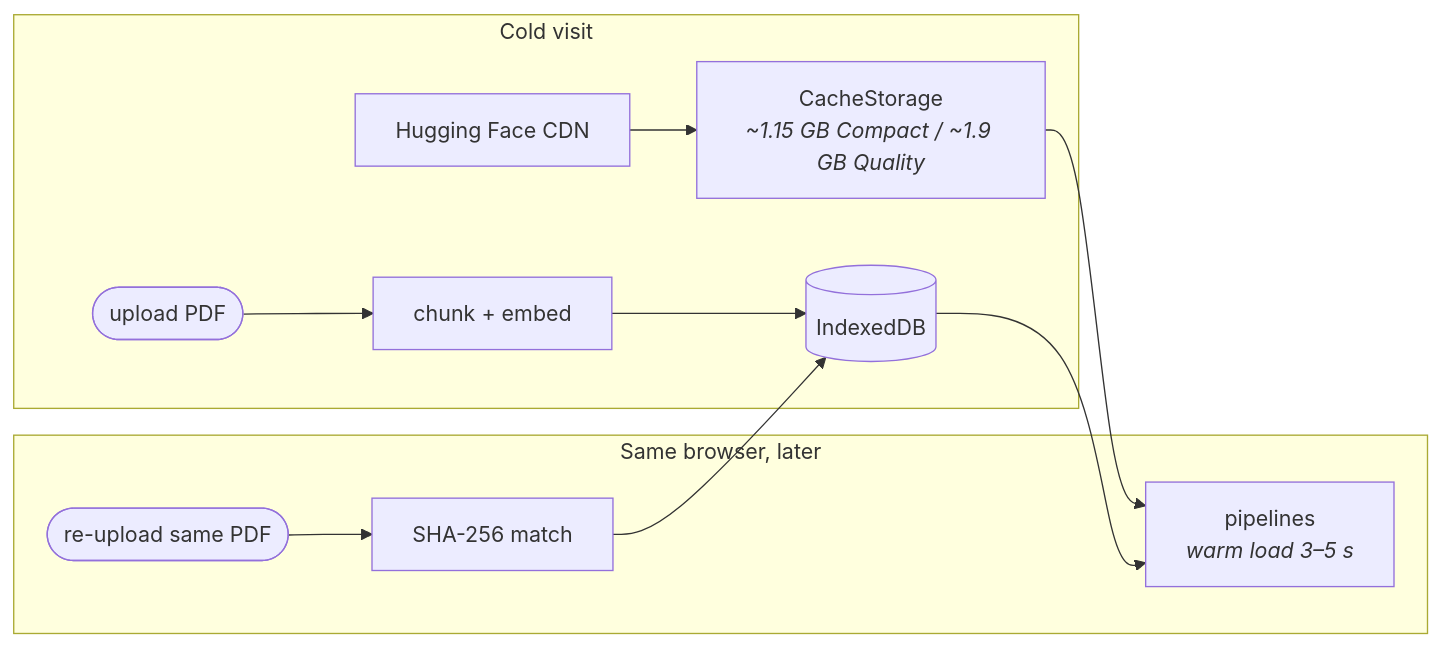
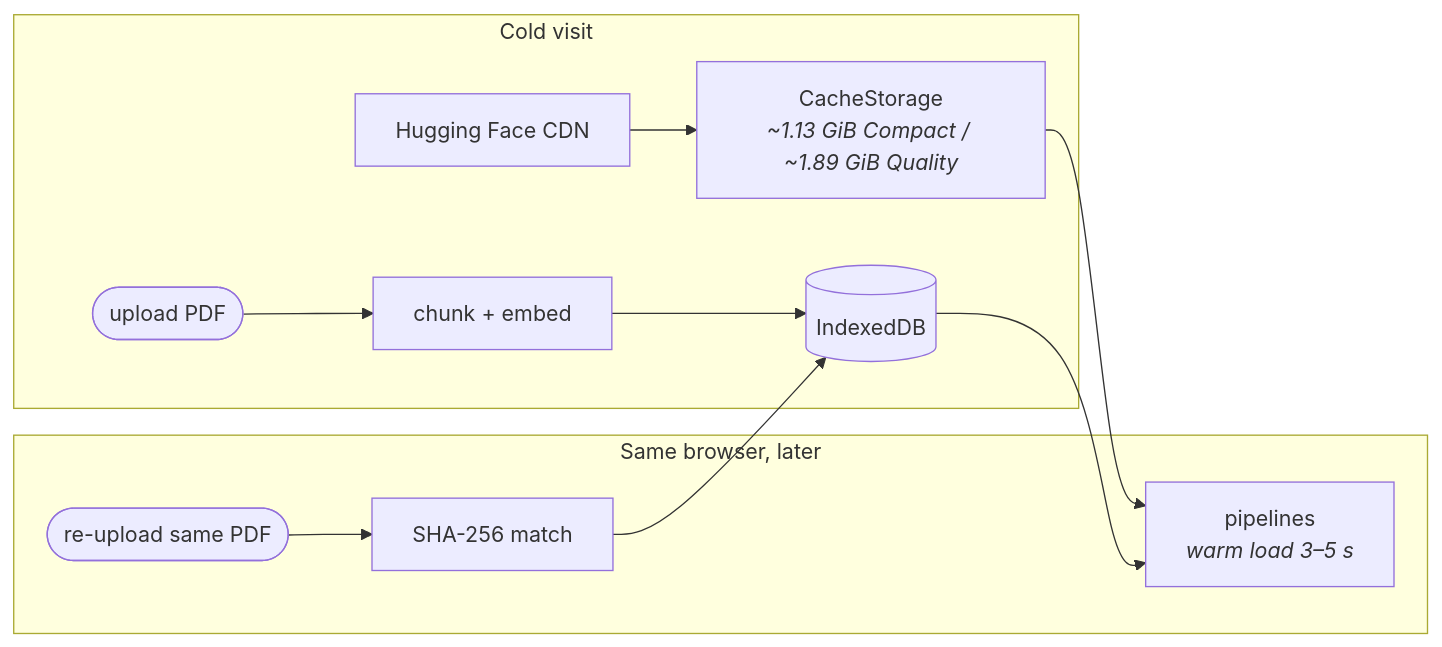
The fourth of 4 diagrams in docs/local-ai.md (cloakyard/cloakpdf), drawn with Mermaid before and after one commit. The commit also changed other lines of this file and 14 other files, not shown here.

````diff
--- a/docs/local-ai.md
+++ b/docs/local-ai.md
@@ -232,12 +232,12 @@
 ```mermaid
 flowchart LR
     subgraph Cold["Cold visit"]
-        CDN[Hugging Face CDN] --> Cache[CacheStorage<br/><i>~1.15 GB Compact / ~1.9 GB Quality</i>]
+        CDN[Hugging Face CDN] --> Cache[CacheStorage<br/><i>~1.13 GiB Compact / ~1.89 GiB Quality</i>]
         PDF1([upload PDF]) --> Embed1[chunk + embed] --> IDB1[(IndexedDB)]
     end
 
     subgraph Warm["Same browser, later"]
         Cache --> Models[pipelines<br/><i>warm load 3–5 s</i>]
         PDF2([re-upload same PDF]) --> SHA[SHA-256 match] --> IDB1 --> Models
     end
 ```
````
